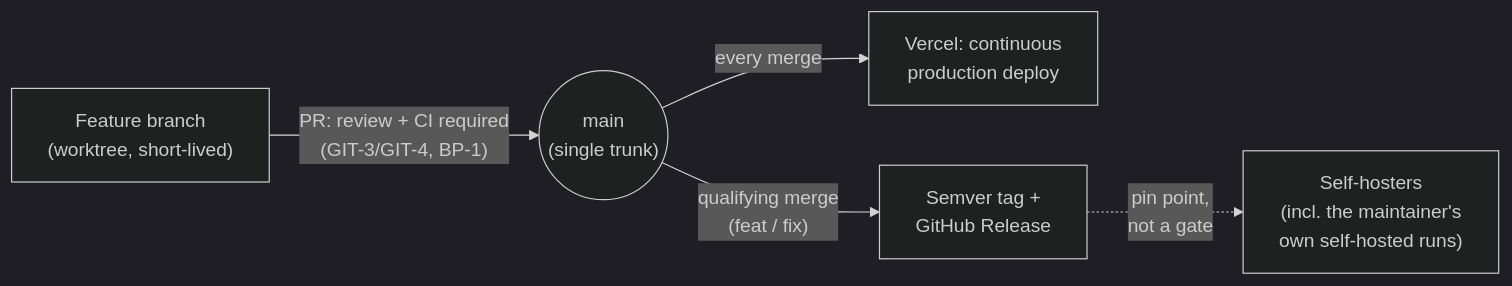
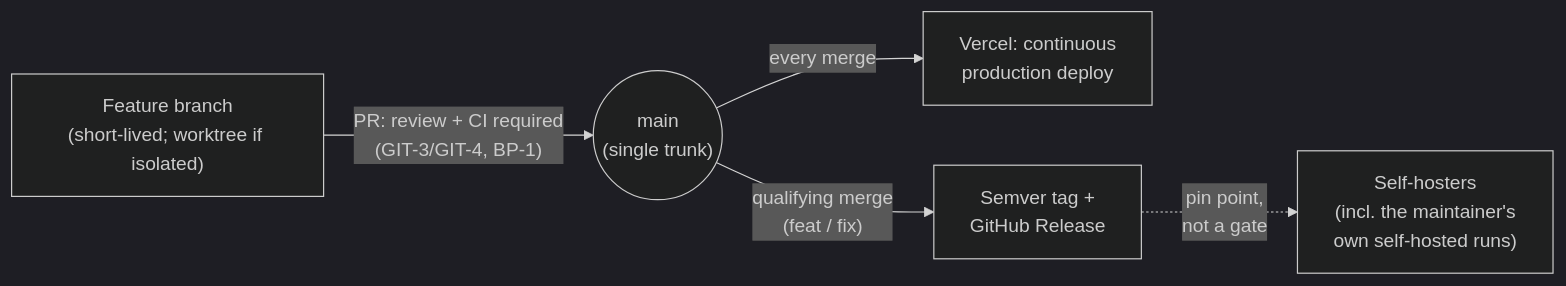
One commit to sdpilon/riposte changed the diagram in .policy/git.md. Above: the diagram before and after it, drawn with Mermaid (dark theme). The commit also changed other lines of this file and 3 other files, not shown here.

First line of the commit message:
policy(git): make worktree conditional on concurrency, clarify PR batching (#21)

````diff
--- a/.policy/git.md
+++ b/.policy/git.md
@@ -35,7 +45,7 @@
 ```mermaid
 flowchart LR
-    A["Feature branch<br/>(worktree, short-lived)"] -->|"PR: review + CI required<br/>(GIT-3/GIT-4, BP-1)"| B(("main<br/>(single trunk)"))
+    A["Feature branch<br/>(short-lived; worktree if isolated)"] -->|"PR: review + CI required<br/>(GIT-3/GIT-4, BP-1)"| B(("main<br/>(single trunk)"))
     B -->|"every merge"| C["Vercel: continuous<br/>production deploy"]
     B -->|"qualifying merge<br/>(feat / fix)"| D["Semver tag +<br/>GitHub Release"]
     D -.->|"pin point,<br/>not a gate"| E["Self-hosters<br/>(incl. the maintainer's<br/>own self-hosted runs)"]
 ```
````
